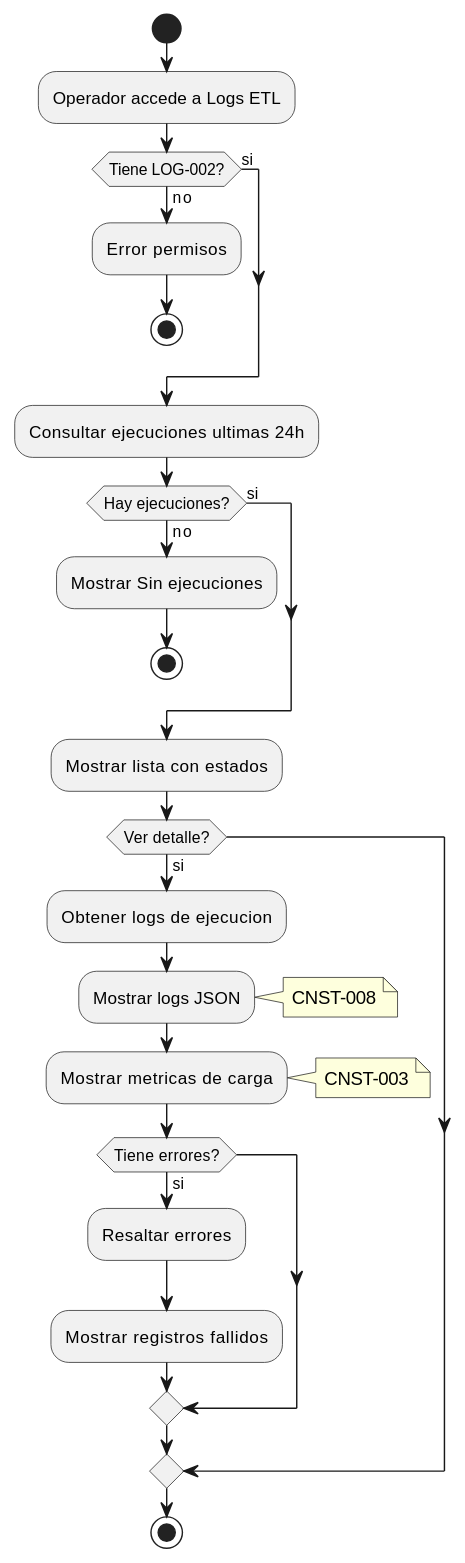
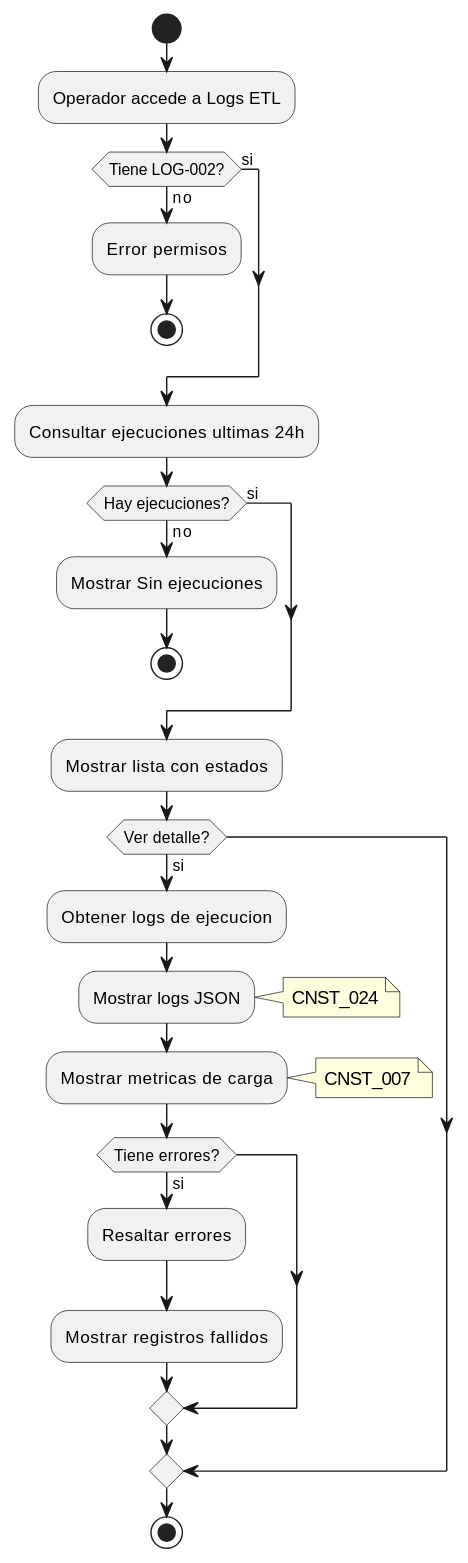
Before and after one commit to jcg-admin/IACT-docs: the third of 3 diagrams in source/requisitos/casos_uso/logs/UC_LOG_02_Consultar_Logs_ETL.rst, drawn with PlantUML. The commit also changed other lines of this file and 67 other files, not shown here.

```diff
--- a/source/requisitos/casos_uso/logs/UC_LOG_02_Consultar_Logs_ETL.rst
+++ b/source/requisitos/casos_uso/logs/UC_LOG_02_Consultar_Logs_ETL.rst
@@ -301,38 +301,38 @@
 .. uml::
    :caption: Diagrama de Actividad - UC_LOG_02
 
    @startuml
    start
    :Operador accede a Logs ETL;
 
    if (Tiene LOG-002?) then (no)
      :Error permisos;
      stop
    else (si)
    endif
 
    :Consultar ejecuciones ultimas 24h;
 
    if (Hay ejecuciones?) then (no)
      :Mostrar Sin ejecuciones;
      stop
    else (si)
    endif
 
    :Mostrar lista con estados;
 
    if (Ver detalle?) then (si)
      :Obtener logs de ejecucion;
      :Mostrar logs JSON;
-     note right: CNST-008
+     note right: CNST_024
      :Mostrar metricas de carga;
-     note right: CNST-003
+     note right: CNST_007
 
      if (Tiene errores?) then (si)
        :Resaltar errores;
        :Mostrar registros fallidos;
      endif
    endif
 
    stop
    @enduml
```
